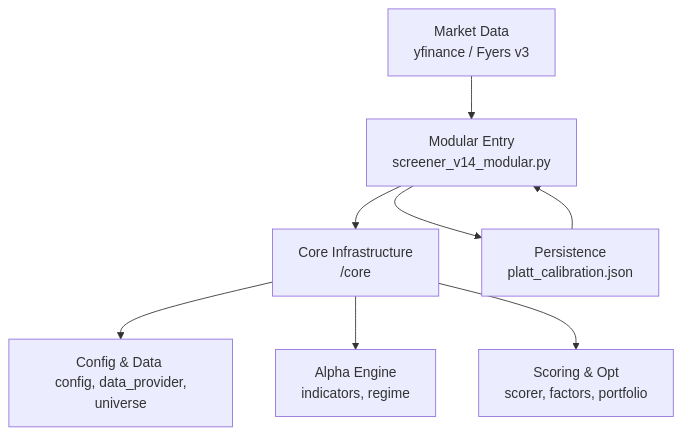
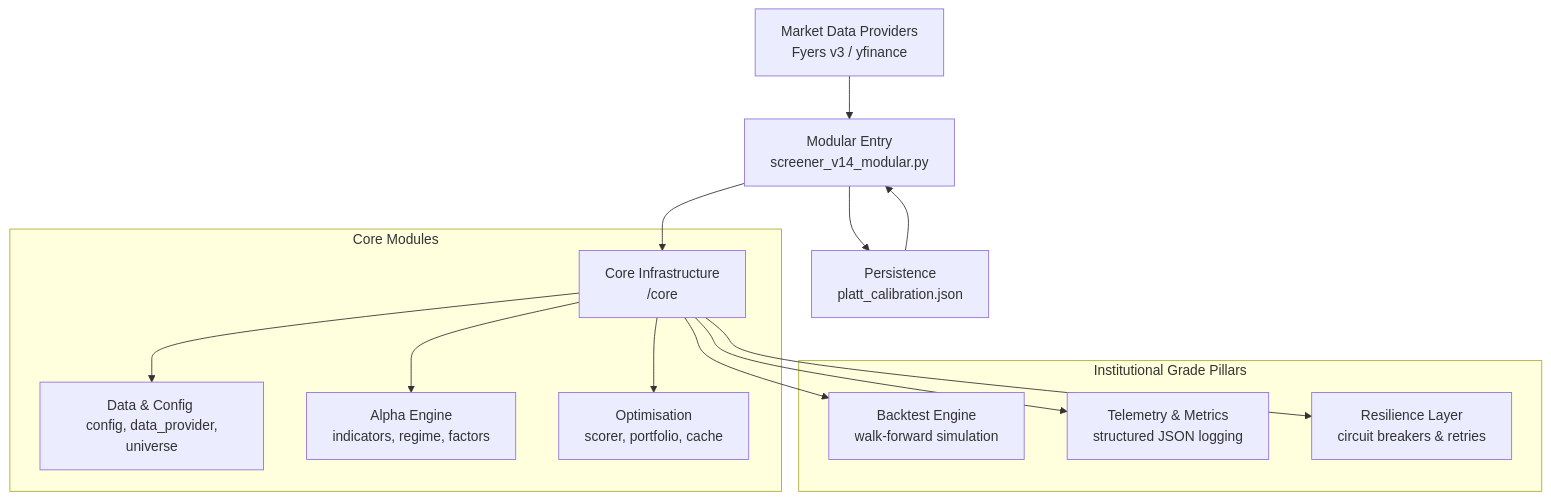
One commit to jpechetty-debug/tradingscript changed the diagram in README.md. Above: the diagram before and after it, drawn with Mermaid. The commit also changed other lines of this file and 2 other files, not shown here.

Commit message:
docs: update README and core logic with phase 3/4 improvements

````diff
--- a/README.md
+++ b/README.md
@@ -14,11 +14,20 @@
 ```mermaid
 graph TD
-    A[Market Data <br/> yfinance / Fyers v3] --> B[Modular Entry <br/> screener_v14_modular.py]
+    A[Market Data Providers <br/> Fyers v3 / yfinance] --> B[Modular Entry <br/> screener_v14_modular.py]
     B --> C[Core Infrastructure <br/> /core]
-    C --> D[Config & Data <br/> config, data_provider, universe]
-    C --> E[Alpha Engine <br/> indicators, regime]
-    C --> F[Scoring & Opt <br/> scorer, factors, portfolio]
+    
+    subgraph "Core Modules"
+        C --> D[Data & Config <br/> config, data_provider, universe]
+        C --> E[Alpha Engine <br/> indicators, regime, factors]
+        C --> F[Optimisation <br/> scorer, portfolio, cache]
+    end
+    
+    subgraph "Institutional Grade Pillars"
+        C --> H[Backtest Engine <br/> walk-forward simulation]
+        C --> I[Telemetry & Metrics <br/> structured JSON logging]
+        C --> J[Resilience Layer <br/> circuit breakers & retries]
+    end
     
     B --> G[Persistence <br/> platt_calibration.json]
     G --> B
 ```
````
